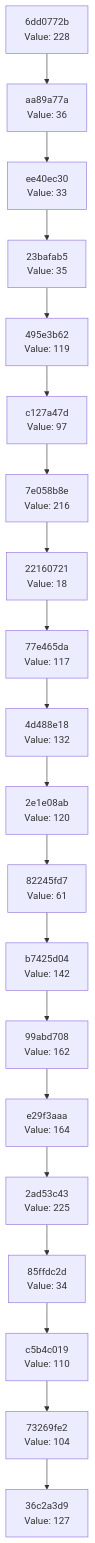
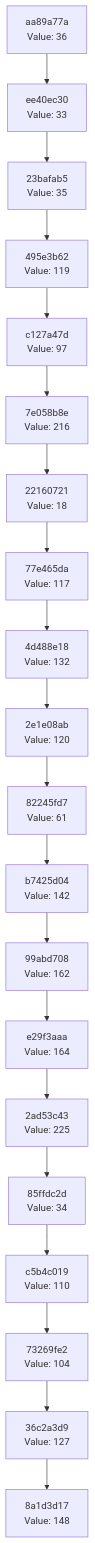
One commit to Abhisheksinha1506/hash-chain-evolver changed the diagram in docs/CHAIN_VISUALIZATION.md. Above: the diagram before and after it, drawn with Mermaid. The commit also changed 3 other files, not shown here.

````diff
--- a/docs/CHAIN_VISUALIZATION.md
+++ b/docs/CHAIN_VISUALIZATION.md
@@ -3,42 +3,42 @@
 ```mermaid
 graph TD
-    C0["36c2a3d9<br/>Value: 127"]
-    C1["73269fe2<br/>Value: 104"]
+    C0["8a1d3d17<br/>Value: 148"]
+    C1["36c2a3d9<br/>Value: 127"]
     C1 --> C0
-    C2["c5b4c019<br/>Value: 110"]
+    C2["73269fe2<br/>Value: 104"]
     C2 --> C1
-    C3["85ffdc2d<br/>Value: 34"]
+    C3["c5b4c019<br/>Value: 110"]
     C3 --> C2
-    C4["2ad53c43<br/>Value: 225"]
+    C4["85ffdc2d<br/>Value: 34"]
     C4 --> C3
-    C5["e29f3aaa<br/>Value: 164"]
+    C5["2ad53c43<br/>Value: 225"]
     C5 --> C4
-    C6["99abd708<br/>Value: 162"]
+    C6["e29f3aaa<br/>Value: 164"]
     C6 --> C5
-    C7["b7425d04<br/>Value: 142"]
+    C7["99abd708<br/>Value: 162"]
     C7 --> C6
-    C8["82245fd7<br/>Value: 61"]
+    C8["b7425d04<br/>Value: 142"]
     C8 --> C7
-    C9["2e1e08ab<br/>Value: 120"]
+    C9["82245fd7<br/>Value: 61"]
     C9 --> C8
-    C10["4d488e18<br/>Value: 132"]
+    C10["2e1e08ab<br/>Value: 120"]
     C10 --> C9
-    C11["77e465da<br/>Value: 117"]
+    C11["4d488e18<br/>Value: 132"]
     C11 --> C10
-    C12["22160721<br/>Value: 18"]
+    C12["77e465da<br/>Value: 117"]
     C12 --> C11
-    C13["7e058b8e<br/>Value: 216"]
+    C13["22160721<br/>Value: 18"]
     C13 --> C12
-    C14["c127a47d<br/>Value: 97"]
+    C14["7e058b8e<br/>Value: 216"]
     C14 --> C13
-    C15["495e3b62<br/>Value: 119"]
+    C15["c127a47d<br/>Value: 97"]
     C15 --> C14
-    C16["23bafab5<br/>Value: 35"]
+    C16["495e3b62<br/>Value: 119"]
     C16 --> C15
-    C17["ee40ec30<br/>Value: 33"]
+    C17["23bafab5<br/>Value: 35"]
     C17 --> C16
-    C18["aa89a77a<br/>Value: 36"]
+    C18["ee40ec30<br/>Value: 33"]
     C18 --> C17
-    C19["6dd0772b<br/>Value: 228"]
+    C19["aa89a77a<br/>Value: 36"]
     C19 --> C18
 ```
````
